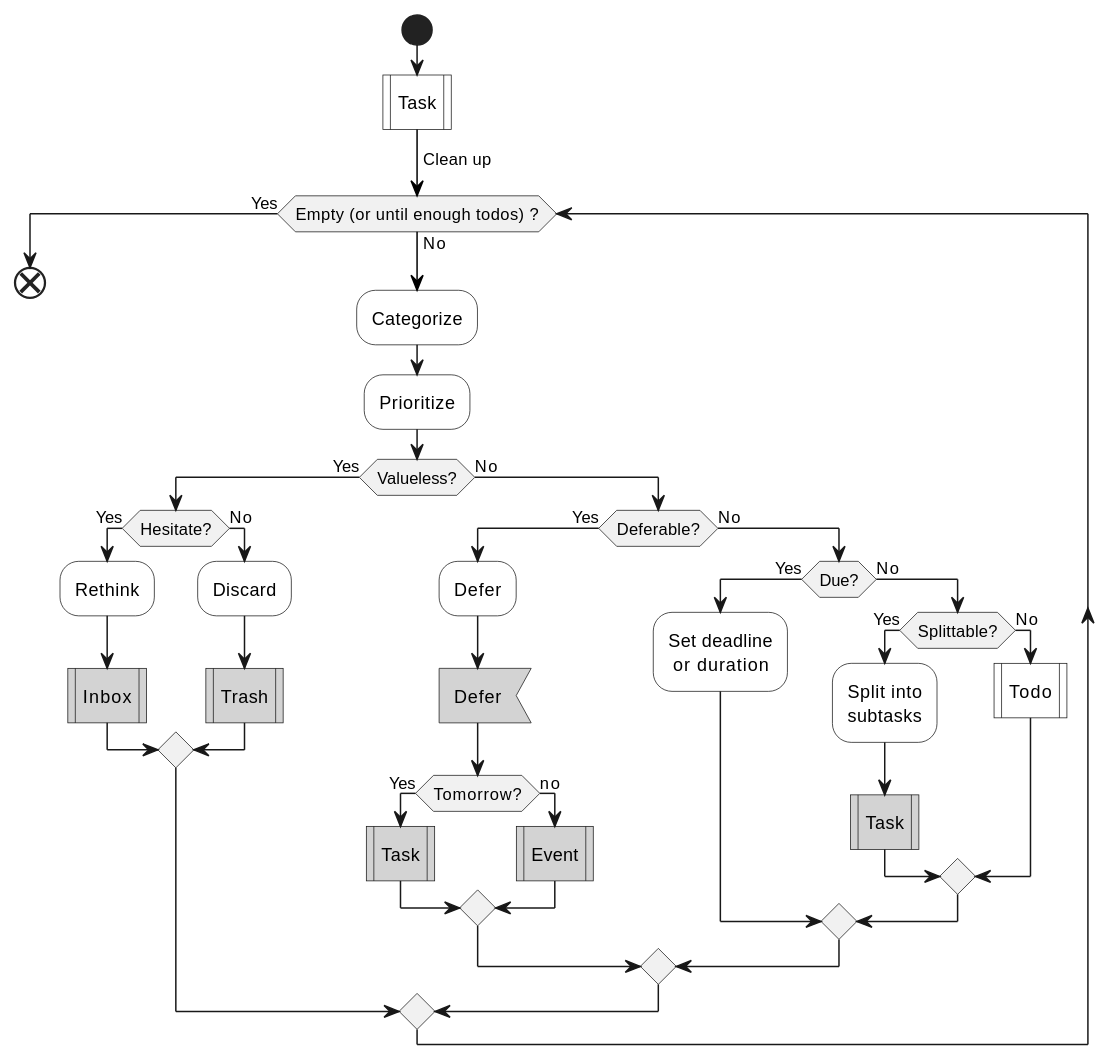
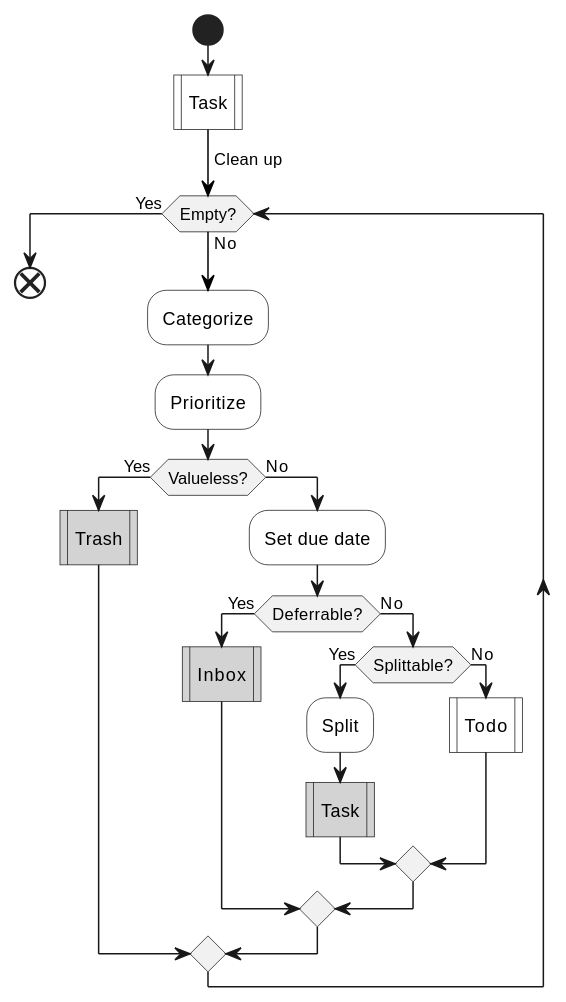
Before and after one commit to IceHe/icehe-lib: the second of 5 diagrams in lifelogs/rehabilitation.md, drawn with PlantUML. The commit also changed other lines of this file and 1 other file, not shown here.

````diff
--- a/lifelogs/rehabilitation.md
+++ b/lifelogs/rehabilitation.md
@@ -244,43 +269,42 @@
 ```plantuml
 @startuml
 start
 #white:Task|
 -[#black]-> Clean up;
-while (Empty (or until enough todos) ?) is (No)
+while (Empty?) is (No)
     #white:Categorize;
     #white:Prioritize;
     if (Valueless?) then (Yes)
-        if (Hesitate?) then (Yes)
-            #white:Rethink;
+        #lightGray:Trash|
+        'if (Hesitate?) then (Yes)
+        '    '#white:Rethink;
+        '    #lightGray:Inbox|
+        'else (No)
+        '    '#white:Discard;
+        '    #lightGray:Trash|
+        'endif
+    else (No)
+        #white:Set due date;
+        if (Deferrable?) then (Yes)
             #lightGray:Inbox|
+            '#white:Defer;
+            '#lightGray:Defer<
+            'if (Tomorrow?) then (Yes)
+            '    #lightGray:Task|
+            'else (No)
+            '    #lightGray:Event|
+            'endif
         else (No)
-            #white:Discard;
-            #lightGray:Trash|
-        endif
-    else (No)
-        if (Deferable?) then (Yes)
-            #white:Defer;
-            #lightGray:Defer<
-            if (Tomorrow?) then (Yes)
+            if (Splittable?) then (Yes)
+                #white:Split;
+                'note right : SMART 法则
                 #lightGray:Task|
-            else (no)
-                #lightGray:Event|
-            endif
-        else (No)
-            if (Due?) then (Yes)
-                #white:Set deadline\n or duration;
             else (No)
-                if (Splittable?) then (Yes)
-                    #white:Split into\nsubtasks;
-                    'note right : SMART 法则
-                    #lightGray:Task|
-                else (No)
-                    #white:Todo|
-                endif
+                #white:Todo|
             endif
         endif
     endif
 endwhile (Yes)
 end
 @enduml
 ```
````
